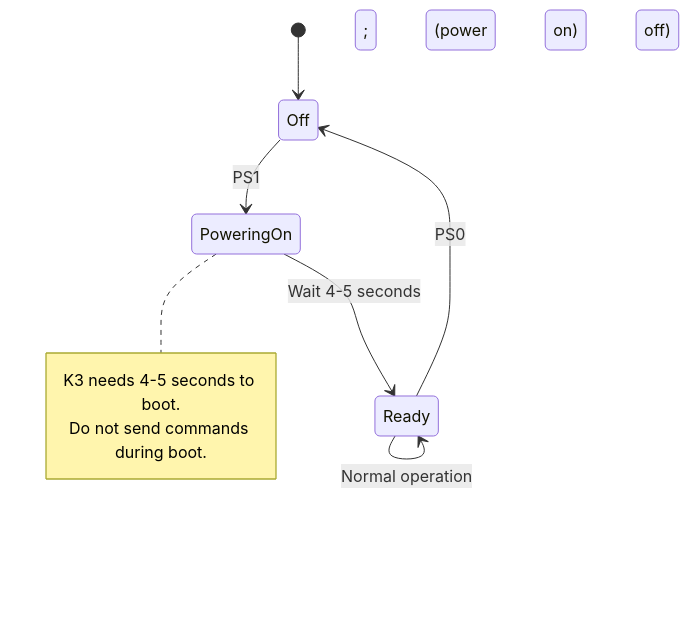
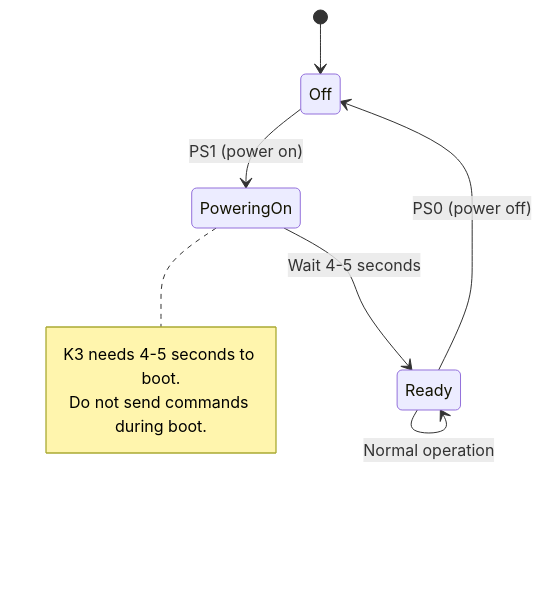
The first of 2 diagrams in src/content/docs/programming/connection.md (radiolabme/elecraft-docs), drawn with Mermaid before and after one commit. The commit also changed 7 other files, not shown here.

First line of the commit message:
Fix Mermaid state diagram parse errors caused by semicolons in transition labels

````diff
--- a/src/content/docs/programming/connection.md
+++ b/src/content/docs/programming/connection.md
@@ -92,13 +92,13 @@
 ```mermaid
 stateDiagram-v2
     [*] --> Off
-    Off --> PoweringOn: PS1; (power on)
-    PoweringOn --> Ready: Wait 4-5 seconds
-    Ready --> Off: PS0; (power off)
+    Off --> PoweringOn : PS1 (power on)
+    PoweringOn --> Ready : Wait 4-5 seconds
+    Ready --> Off : PS0 (power off)
     Ready --> Ready: Normal operation
 
     note right of PoweringOn
         K3 needs 4-5 seconds to boot.
         Do not send commands during boot.
     end note
 ```
````
